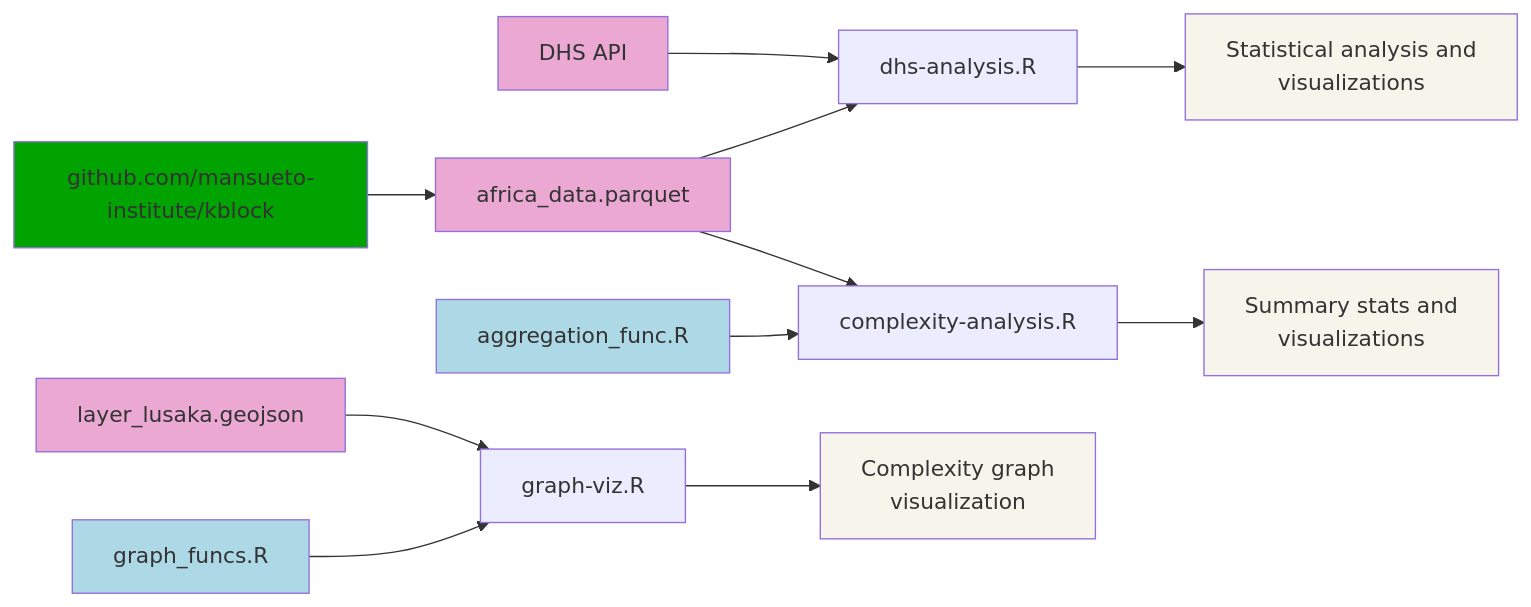
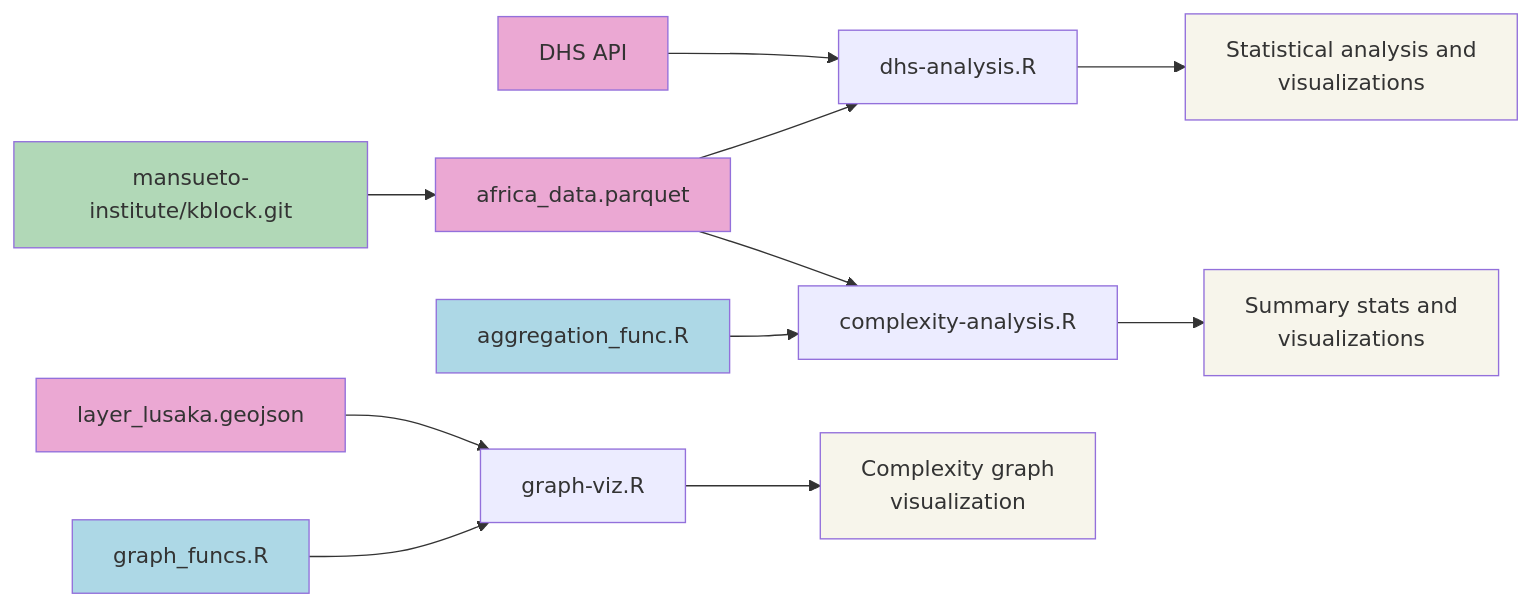
Before and after one commit to mansueto-institute/kblock-analysis: the diagram in ReadMe.md, drawn with Mermaid.

````diff
--- a/ReadMe.md
+++ b/ReadMe.md
@@ -22,27 +22,27 @@
 ```mermaid
 graph LR
 G[DHS API] --> C
 A[africa_data.parquet] --> B[complexity-analysis.R]
 E[aggregation_func.R] --> B
 A --> C[dhs-analysis.R]
 B --> Z[Summary stats and<br>visualizations]
 C --> X[Statistical analysis and<br>visualizations]
-Q[github.com/mansueto-institute/kblock] --> A
+Q[mansueto-institute/kblock.git] --> A
 
 F[graph_funcs.R] --> D[graph-viz.R]
 J[layer_lusaka.geojson] --> D
 D --> Y[Complexity graph<br>visualization]
 
 style A fill:#eba8d3
 style G fill:#eba8d3
 style J fill:#eba8d3
 
 style Z fill: #f7f5eb
 style X fill: #f7f5eb
 style Y fill: #f7f5eb
 
 style F fill: #ADD8E6
 style E fill: #ADD8E6
 
-style Q fill: #00A300
+style Q fill: #b1d8b7
 ```
````
